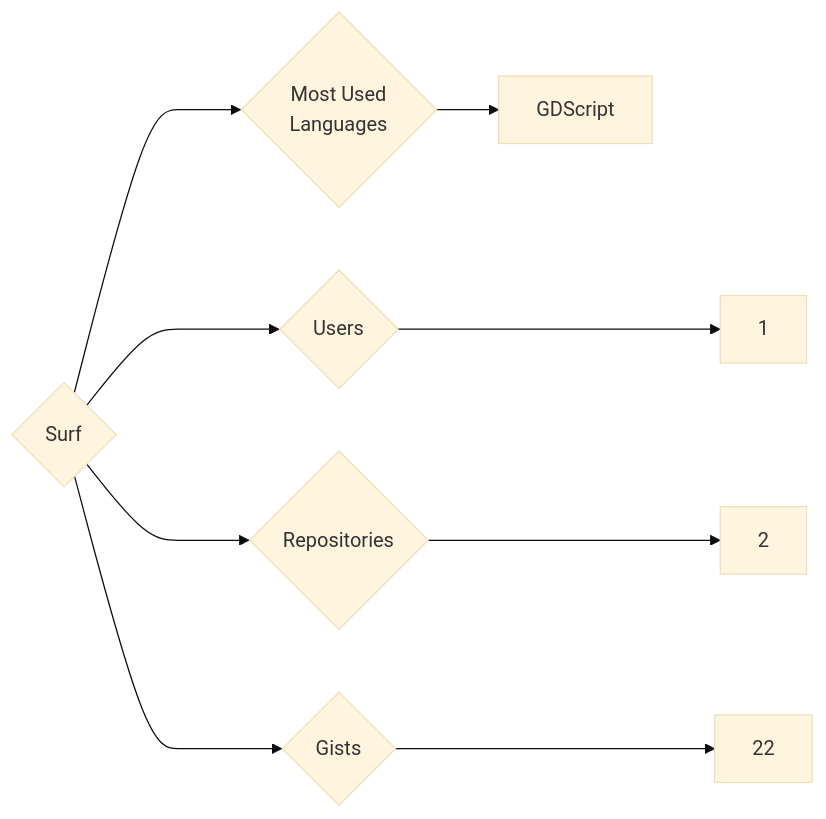
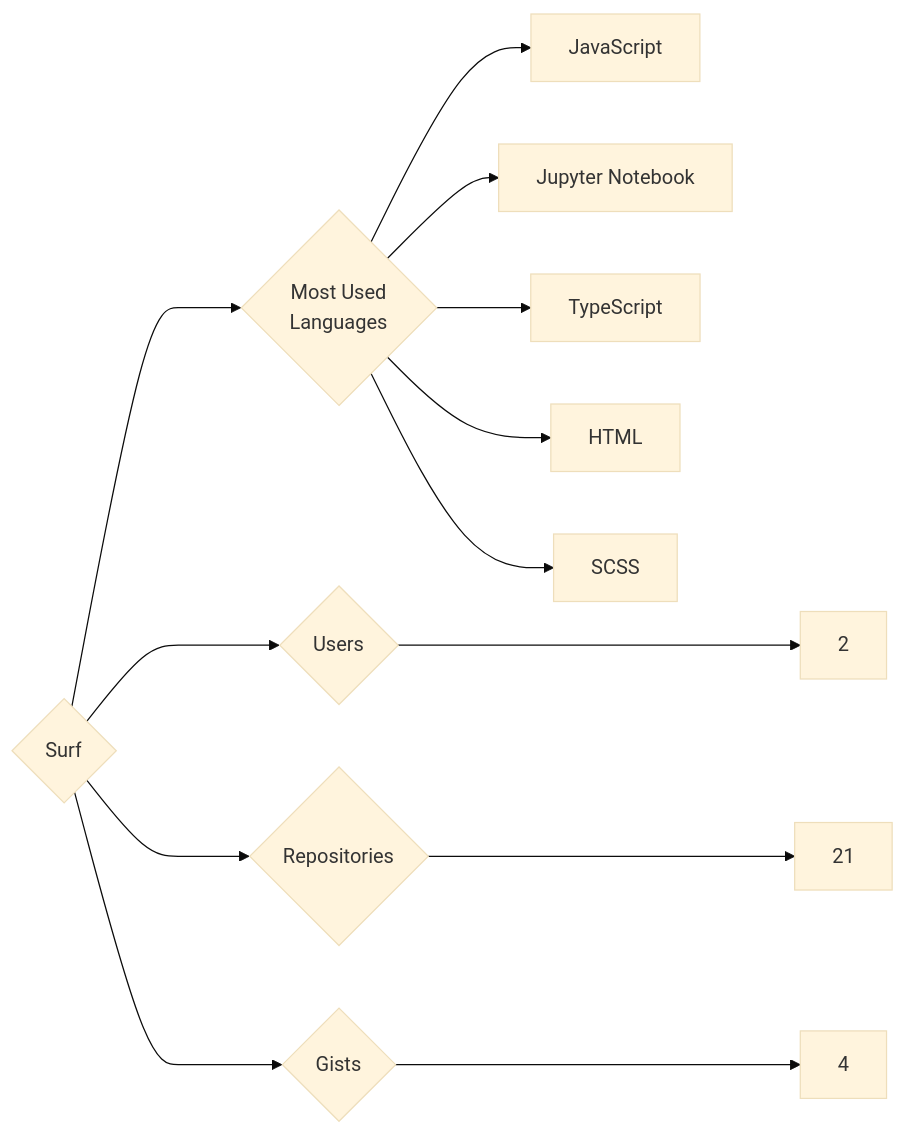
One commit to trickest/insiders changed the diagram in targets/Surf/README.md. Above: the diagram before and after it, drawn with Mermaid (base theme). The commit also changed 860 other files, not shown here.

````diff
--- a/targets/Surf/README.md
+++ b/targets/Surf/README.md
@@ -3,9 +3,13 @@
 ```mermaid
 graph LR
 COMPANY_NAME{Surf}
-COMPANY_NAME ---> U{Users} ---> UN[1]
-COMPANY_NAME ---> R{Repositories} ---> RN[2]
-COMPANY_NAME ---> G{Gists} ---> GN[22]
+COMPANY_NAME ---> U{Users} ---> UN[2]
+COMPANY_NAME ---> R{Repositories} ---> RN[21]
+COMPANY_NAME ---> G{Gists} ---> GN[4]
 COMPANY_NAME ---> ML{Most Used<br>Languages}
-ML --> GDScript[GDScript]
+ML --> JavaScript[JavaScript]
+ML --> Jupyter_Notebook[Jupyter Notebook]
+ML --> TypeScript[TypeScript]
+ML --> HTML[HTML]
+ML --> SCSS[SCSS]
 ```
````
